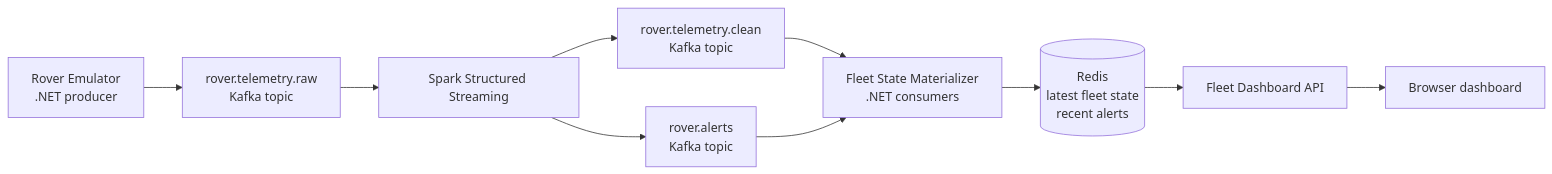
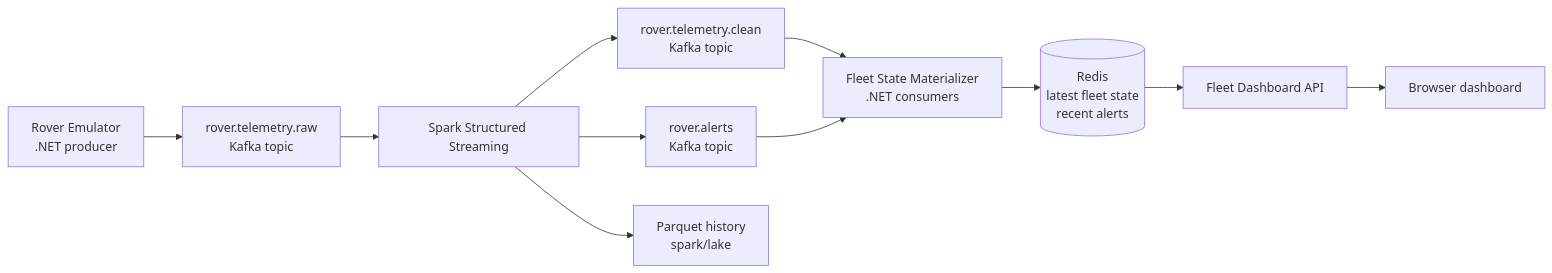
One commit to raslab/FictionalMeteoStation changed the diagram in README.md. Above: the diagram before and after it, drawn with Mermaid. The commit also changed other lines of this file and 1 other file, not shown here.

Commit message:
restored parquet export & update readme

````diff
--- a/README.md
+++ b/README.md
@@ -50,12 +51,13 @@
 ```mermaid
 flowchart LR
     EM[Rover Emulator<br/>.NET producer] --> RAW[rover.telemetry.raw<br/>Kafka topic]
     RAW --> SP[Spark Structured Streaming]
     SP --> CLEAN[rover.telemetry.clean<br/>Kafka topic]
     SP --> ALERTS[rover.alerts<br/>Kafka topic]
+    SP --> LAKE[Parquet history<br/>spark/lake]
     CLEAN --> MAT[Fleet State Materializer<br/>.NET consumers]
     ALERTS --> MAT
     MAT --> REDIS[(Redis<br/>latest fleet state<br/>recent alerts)]
     REDIS --> API[Fleet Dashboard API]
     API --> UI[Browser dashboard]
 ```
````
